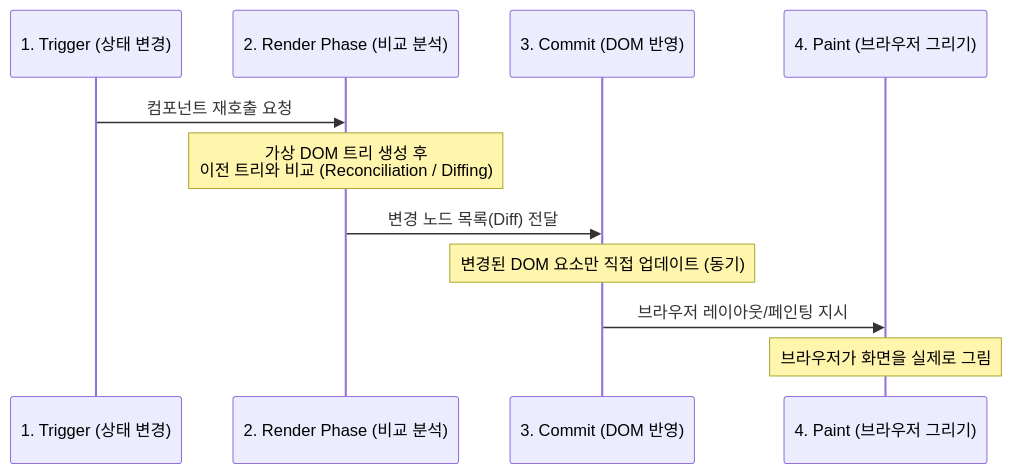
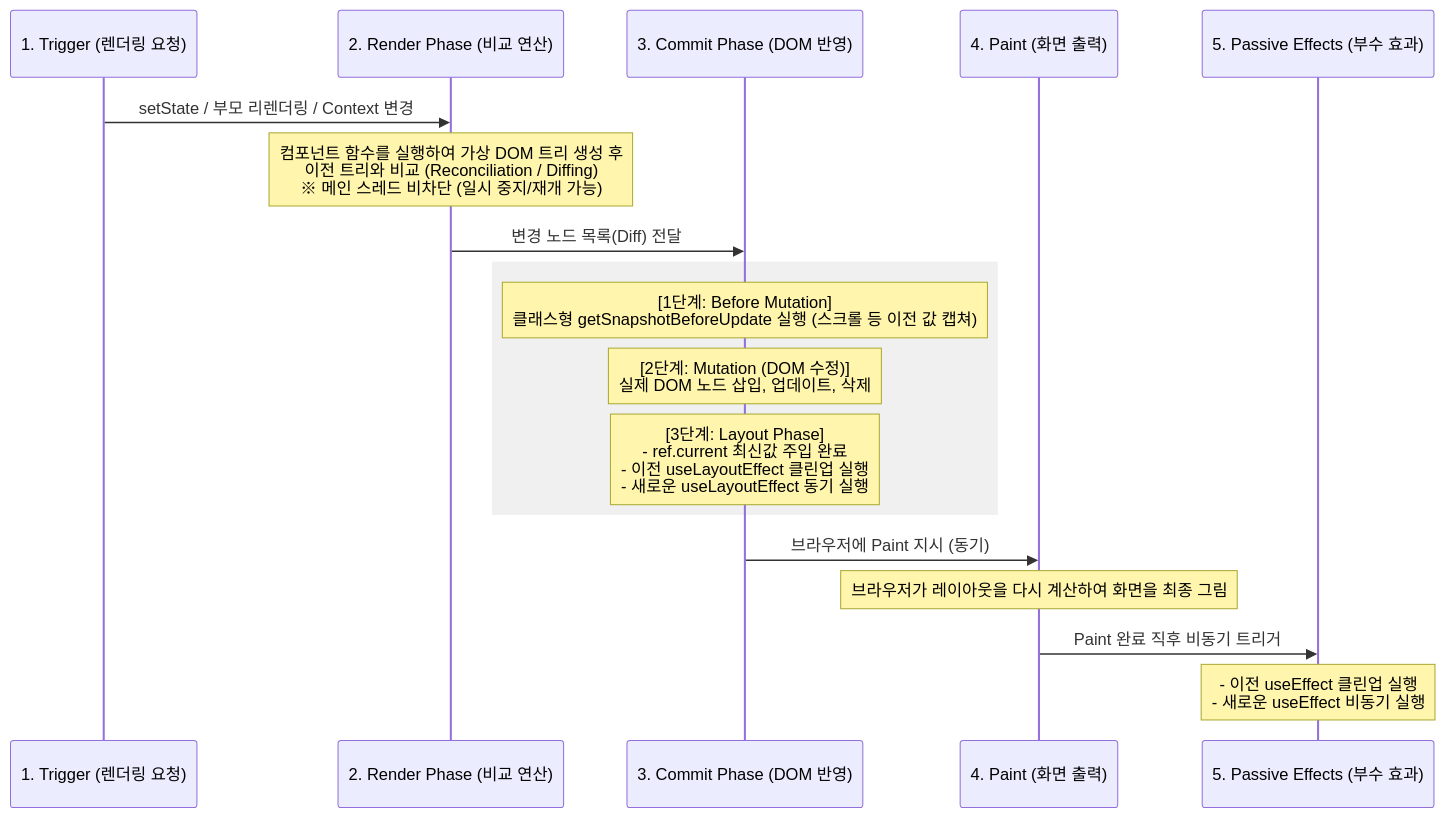
The second of 2 diagrams in knowledge/frontend/react-concept.md (Hanzi-Cho/TIL), drawn with Mermaid before and after one commit. The commit also changed other lines of this file and 1 other file, not shown here.

Commit message:
chore: 2026-07-07 데잍리 업데이트, 리액트 컨셉, 안드로이드 개념 질의

````diff
--- a/knowledge/frontend/react-concept.md
+++ b/knowledge/frontend/react-concept.md
@@ -68,14 +84,25 @@
 ```mermaid
 sequenceDiagram
-    participant Trigger as 1. Trigger (상태 변경)
-    participant Render as 2. Render Phase (비교 분석)
-    participant Commit as 3. Commit (DOM 반영)
-    participant Paint as 4. Paint (브라우저 그리기)
+    participant Trigger as 1. Trigger (렌더링 요청)
+    participant Render as 2. Render Phase (비교 연산)
+    participant Commit as 3. Commit Phase (DOM 반영)
+    participant Paint as 4. Paint (화면 출력)
+    participant Passive as 5. Passive Effects (부수 효과)
+
+    Trigger ->> Render: setState / 부모 리렌더링 / Context 변경
+    Note over Render: 컴포넌트 함수를 실행하여 가상 DOM 트리 생성 후<br/>이전 트리와 비교 (Reconciliation / Diffing)<br/>※ 메인 스레드 비차단 (일시 중지/재개 가능)
     
-    Trigger ->> Render: 컴포넌트 재호출 요청
-    Note over Render: 가상 DOM 트리 생성 후<br/>이전 트리와 비교 (Reconciliation / Diffing)
     Render ->> Commit: 변경 노드 목록(Diff) 전달
-    Note over Commit: 변경된 DOM 요소만 직접 업데이트 (동기)
-    Commit ->> Paint: 브라우저 레이아웃/페인팅 지시
-    Note over Paint: 브라우저가 화면을 실제로 그림
+    
+    rect rgb(240, 240, 240)
+        Note over Commit: [1단계: Before Mutation]<br/>클래스형 getSnapshotBeforeUpdate 실행 (스크롤 등 이전 값 캡쳐)
+        Note over Commit: [2단계: Mutation (DOM 수정)]<br/>실제 DOM 노드 삽입, 업데이트, 삭제
+        Note over Commit: [3단계: Layout Phase]<br/>- ref.current 최신값 주입 완료<br/>- 이전 useLayoutEffect 클린업 실행<br/>- 새로운 useLayoutEffect 동기 실행
+    end
+
+    Commit ->> Paint: 브라우저에 Paint 지시 (동기)
+    Note over Paint: 브라우저가 레이아웃을 다시 계산하여 화면을 최종 그림
+    
+    Paint ->> Passive: Paint 완료 직후 비동기 트리거
+    Note over Passive: - 이전 useEffect 클린업 실행<br/>- 새로운 useEffect 비동기 실행
 ```
````
